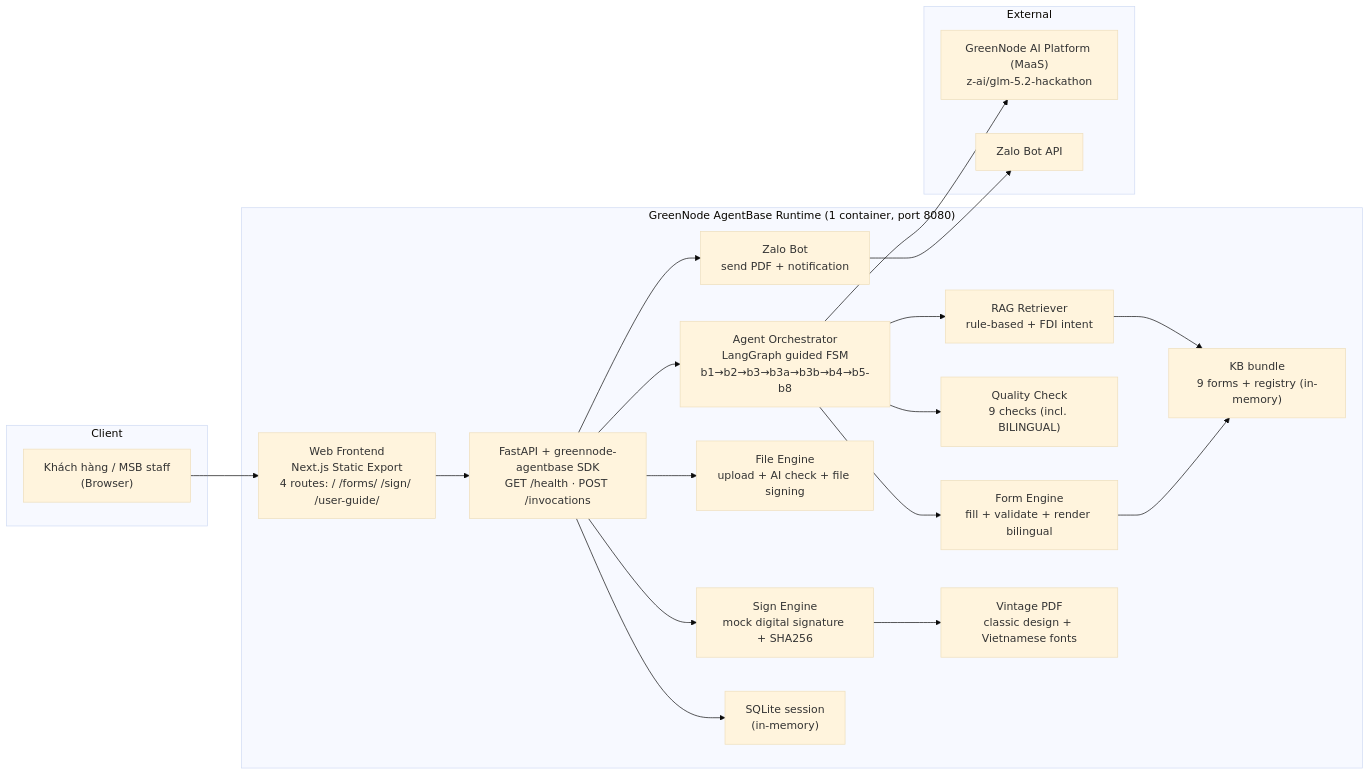
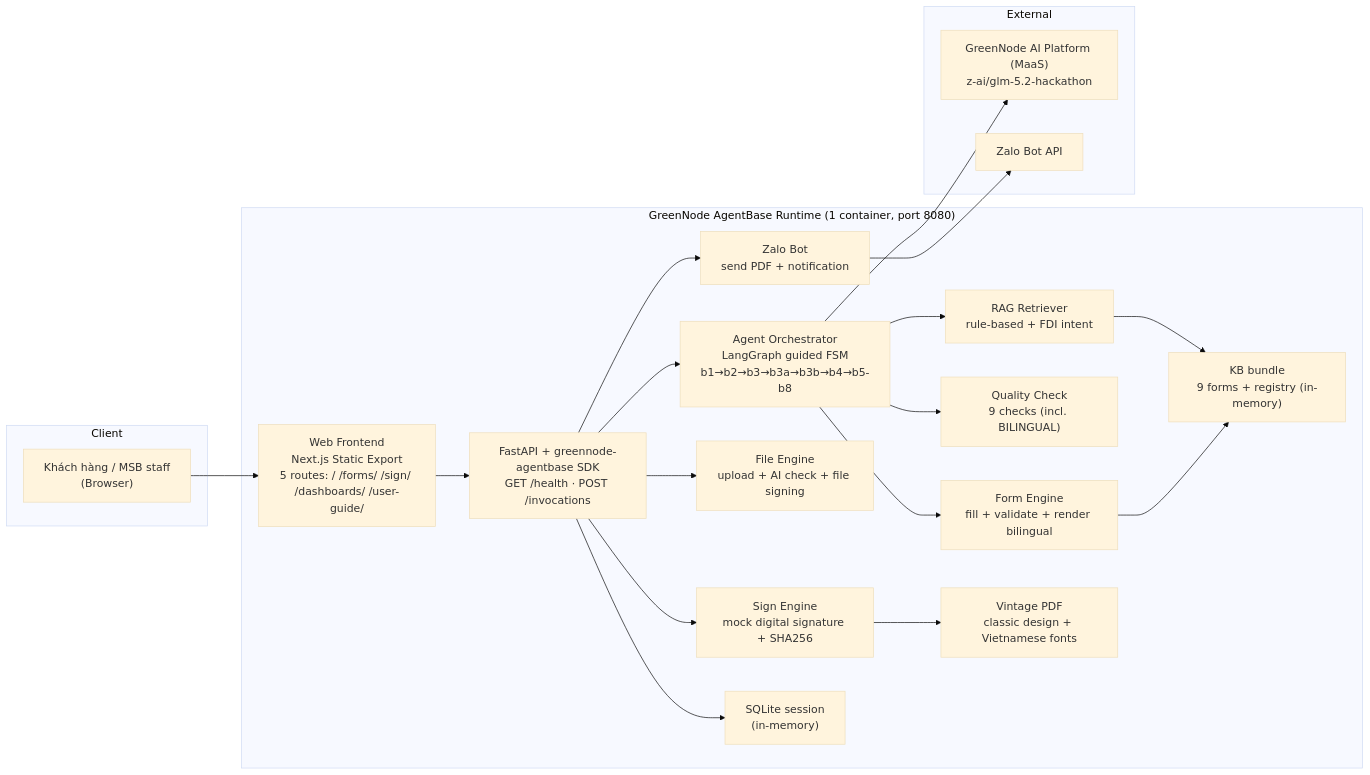
One commit to trungnguyen950/AILaSP_hackathonMSB changed the first of 4 diagrams in docs/02-architecture.md. Above: the diagram before and after it, drawn with Mermaid (base theme). The commit also changed other lines of this file and 5 other files, not shown here.

Commit message:
docs: update all docs + user guide for /dashboards (5 routes, FR-19, wireframe, BA analytics, guide page)

````diff
--- a/docs/02-architecture.md
+++ b/docs/02-architecture.md
@@ -11,39 +11,39 @@
 ```mermaid
 flowchart LR
   subgraph Client["Client"]
     U["Khách hàng / MSB staff<br/>(Browser)"]
   end
 
   subgraph AgentBase["GreenNode AgentBase Runtime (1 container, port 8080)"]
-    FE["Web Frontend<br/>Next.js Static Export<br/>4 routes: / /forms/ /sign/ /user-guide/"]
+    FE["Web Frontend<br/>Next.js Static Export<br/>5 routes: / /forms/ /sign/ /dashboards/ /user-guide/"]
     APP["FastAPI + greennode-agentbase SDK<br/>GET /health · POST /invocations"]
     AG["Agent Orchestrator<br/>LangGraph guided FSM<br/>b1→b2→b3→b3a→b3b→b4→b5-b8"]
     RAG["RAG Retriever<br/>rule-based + FDI intent"]
     QC["Quality Check<br/>9 checks (incl. BILINGUAL)"]
     FORM["Form Engine<br/>fill + validate + render bilingual"]
     SIGN["Sign Engine<br/>mock digital signature + SHA256"]
     FILE["File Engine<br/>upload + AI check + file signing"]
     VINT["Vintage PDF<br/>classic design + Vietnamese fonts"]
     ZALO["Zalo Bot<br/>send PDF + notification"]
     KB["KB bundle<br/>9 forms + registry (in-memory)"]
     SES["SQLite session<br/>(in-memory)"]
   end
 
   subgraph Ext["External"]
     LLM["GreenNode AI Platform (MaaS)<br/>z-ai/glm-5.2-hackathon"]
     ZALO_API["Zalo Bot API"]
   end
 
   U --> FE
   FE --> APP
   APP --> AG
   AG --> RAG --> KB
   AG --> FORM --> KB
   AG --> QC
   APP --> SIGN
   APP --> FILE
   SIGN --> VINT
   APP --> ZALO --> ZALO_API
   AG --> LLM
   APP --> SES
 ```
````
